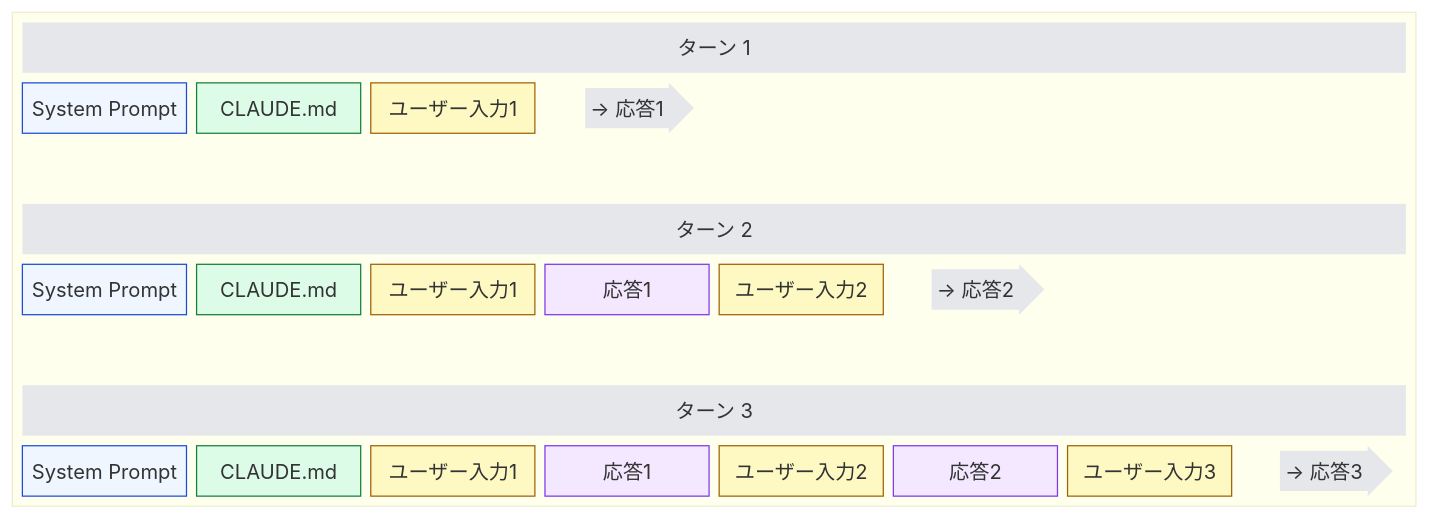
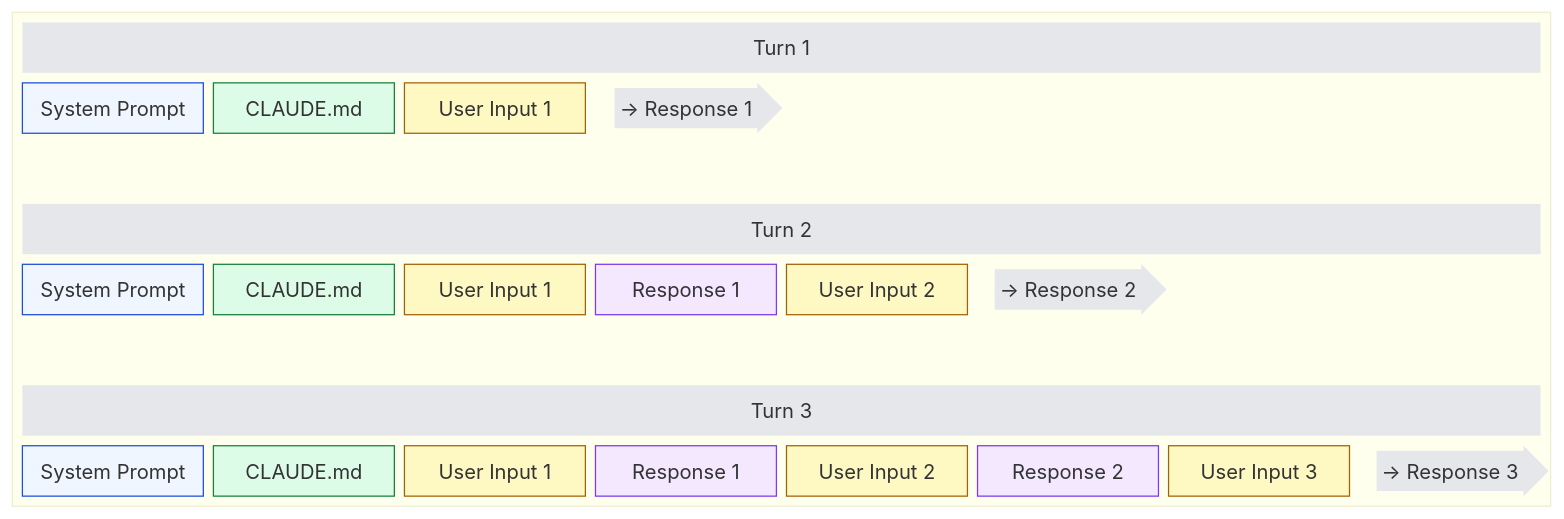
Before and after one commit to shuji-bonji/understanding-llm-through-claude-code: the third of 5 diagrams in docs/02-context-window/token-context-basics.md, drawn with Mermaid. The commit also changed other lines of this file and 100 other files, not shown here.

````diff
--- a/docs/02-context-window/token-context-basics.md
+++ b/docs/02-context-window/token-context-basics.md
@@ -108,48 +110,48 @@
 ```mermaid
 block-beta
   columns 4
 
   block:all:5
     columns 8
 
-    t1["ターン 1"]:8
-    sp1["System Prompt"] cm1["CLAUDE.md"] u1["ユーザー入力1"] r1<["→ 応答1"]>(right) space:4
+    t1["Turn 1"]:8
+    sp1["System Prompt"] cm1["CLAUDE.md"] u1["User Input 1"] r1<["→ Response 1"]>(right) space:4
 
     space:8
 
-    t2["ターン 2"]:8
-    sp2["System Prompt"] cm2["CLAUDE.md"] u2a["ユーザー入力1"] a1["応答1"] u2b["ユーザー入力2"] r2<["→ 応答2"]>(right) space:2
+    t2["Turn 2"]:8
+    sp2["System Prompt"] cm2["CLAUDE.md"] u2a["User Input 1"] a1["Response 1"] u2b["User Input 2"] r2<["→ Response 2"]>(right) space:2
 
     space:8
 
-    t3["ターン 3"]:8
-    sp3["System Prompt"] cm3["CLAUDE.md"] u3a["ユーザー入力1"] a2["応答1"] u3b["ユーザー入力2"] a3["応答2"] u3c["ユーザー入力3"] r3<["→ 応答3"]>(right)
+    t3["Turn 3"]:8
+    sp3["System Prompt"] cm3["CLAUDE.md"] u3a["User Input 1"] a2["Response 1"] u3b["User Input 2"] a3["Response 2"] u3c["User Input 3"] r3<["→ Response 3"]>(right)
   end
 
   style t1 fill:#e5e7eb,stroke:none,color:#000
   style t2 fill:#e5e7eb,stroke:none,color:#000
   style t3 fill:#e5e7eb,stroke:none,color:#000
 
   style r1 fill:#e5e7eb,stroke:none,color:#000
   style r2 fill:#e5e7eb,stroke:none,color:#000
   style r3 fill:#e5e7eb,stroke:none,color:#000
 
   style sp1 fill:#eff6ff,stroke:#1d4ed8,color:#000
   style sp2 fill:#eff6ff,stroke:#1d4ed8,color:#000
   style sp3 fill:#eff6ff,stroke:#1d4ed8,color:#000
 
   style cm1 fill:#dcfce7,stroke:#15803d,color:#000
   style cm2 fill:#dcfce7,stroke:#15803d,color:#000
   style cm3 fill:#dcfce7,stroke:#15803d,color:#000
 
   style u1 fill:#fef9c3,stroke:#a16207,color:#000
   style u2a fill:#fef9c3,stroke:#a16207,color:#000
   style u2b fill:#fef9c3,stroke:#a16207,color:#000
   style u3a fill:#fef9c3,stroke:#a16207,color:#000
   style u3b fill:#fef9c3,stroke:#a16207,color:#000
   style u3c fill:#fef9c3,stroke:#a16207,color:#000
 
   style a1 fill:#f3e8ff,stroke:#7c3aed,color:#000
   style a2 fill:#f3e8ff,stroke:#7c3aed,color:#000
   style a3 fill:#f3e8ff,stroke:#7c3aed,color:#000
 ```
````
